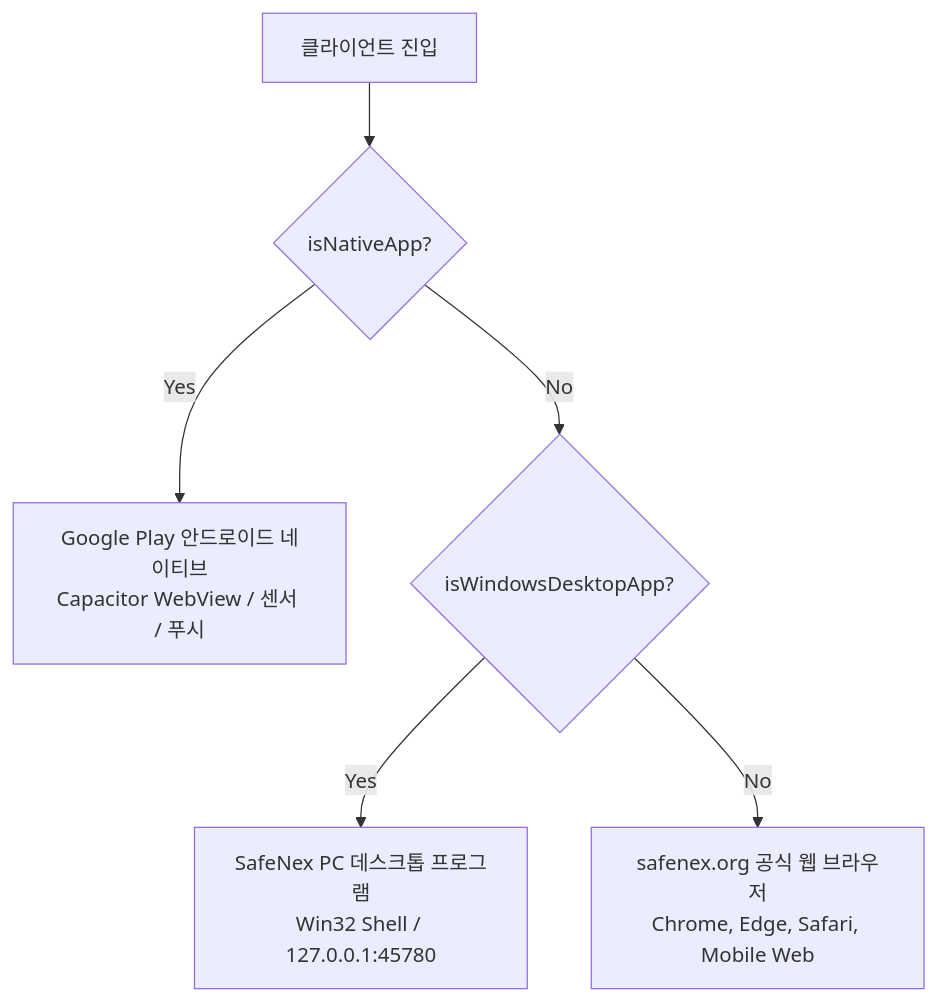
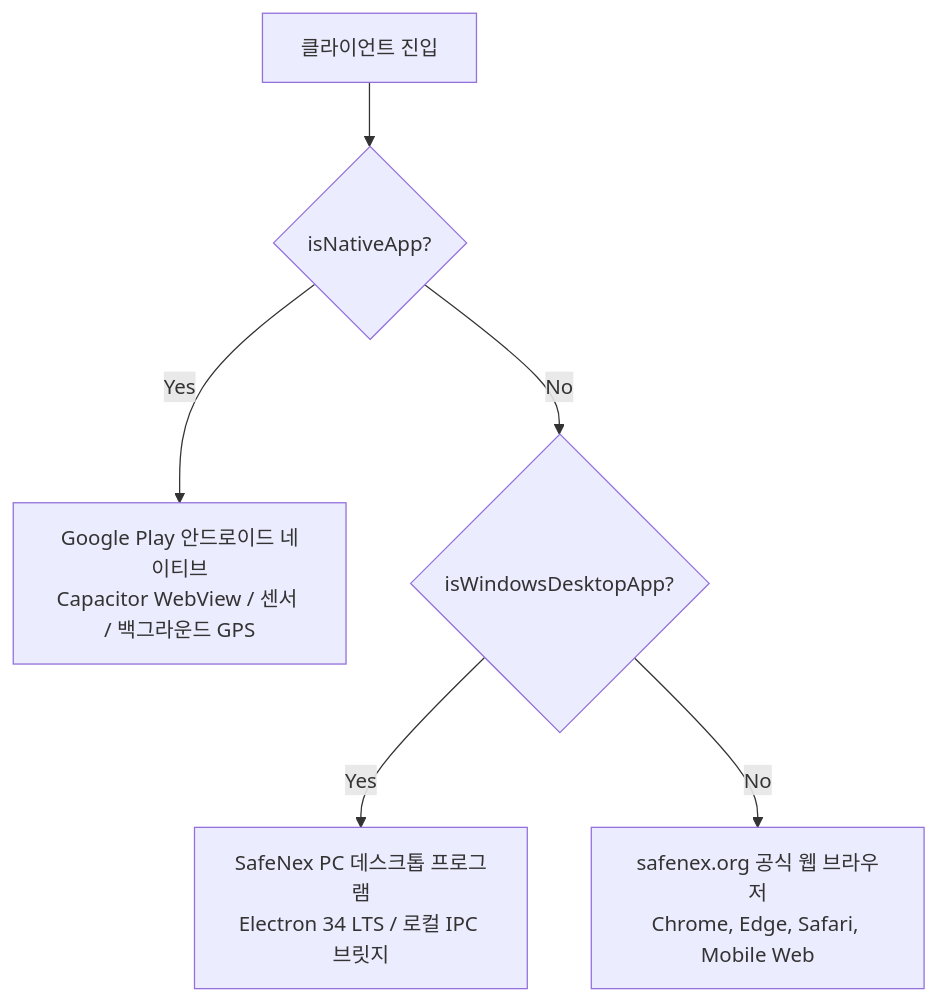
The diagram in docs/MULTI_PLATFORM_OPERATING_RULES.md (ParkSeoro/risk-guard-express), drawn with Mermaid before and after one commit. The commit also changed other lines of this file and 18 other files, not shown here.

````diff
--- a/docs/MULTI_PLATFORM_OPERATING_RULES.md
+++ b/docs/MULTI_PLATFORM_OPERATING_RULES.md
@@ -10,8 +10,8 @@
 ```mermaid
 flowchart TD
     Client[클라이언트 진입] --> CheckNative{isNativeApp?}
-    CheckNative -- Yes --> Android[Google Play 안드로이드 네이티브<br/>Capacitor WebView / 센서 / 푸시]
+    CheckNative -- Yes --> Android[Google Play 안드로이드 네이티브<br/>Capacitor WebView / 센서 / 백그라운드 GPS]
     CheckNative -- No --> CheckDesktop{isWindowsDesktopApp?}
-    CheckDesktop -- Yes --> PC[SafeNex PC 데스크톱 프로그램<br/>Win32 Shell / 127.0.0.1:45780]
+    CheckDesktop -- Yes --> PC[SafeNex PC 데스크톱 프로그램<br/>Electron 34 LTS / 로컬 IPC 브릿지]
     CheckDesktop -- No --> Web[safenex.org 공식 웹 브라우저<br/>Chrome, Edge, Safari, Mobile Web]
 ```
````
